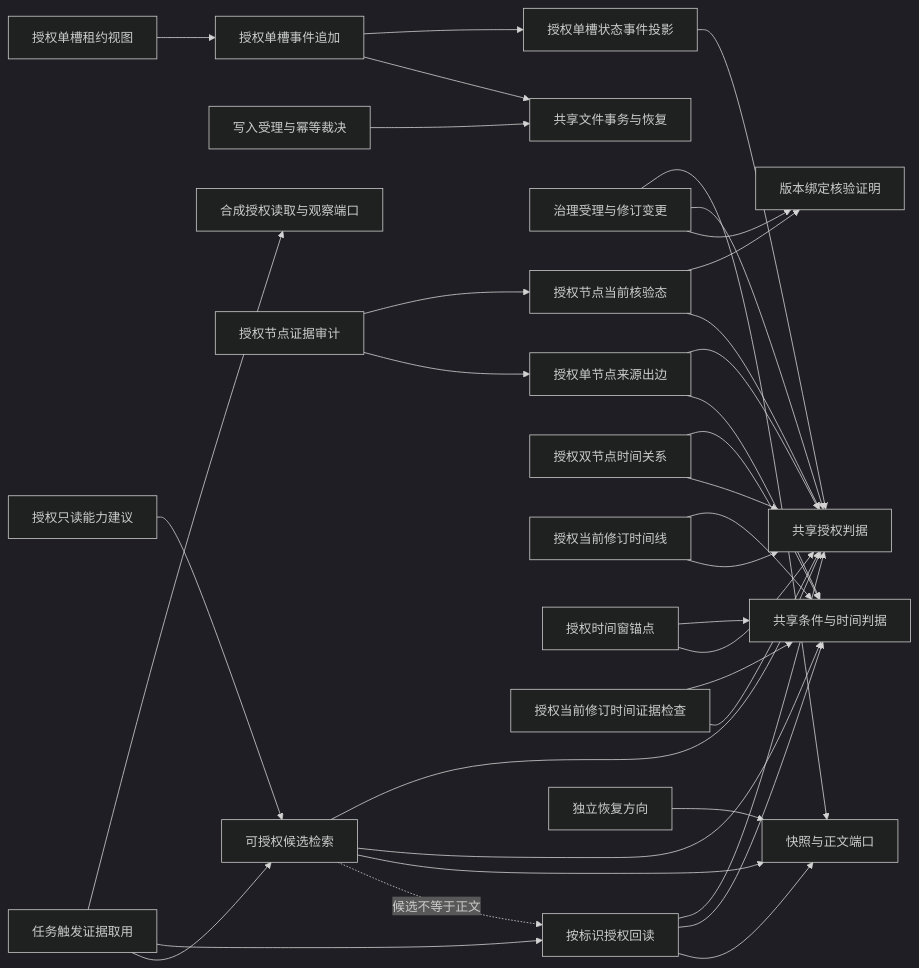
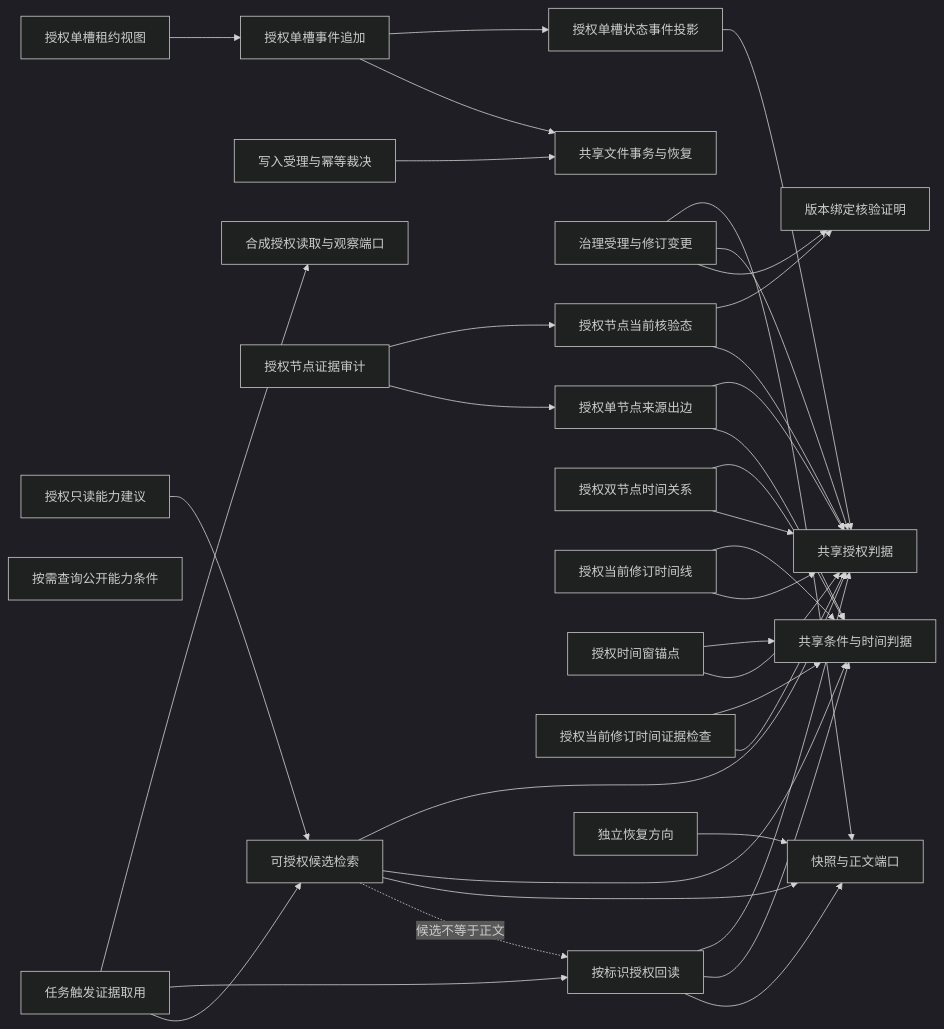
One commit to FuRongJun-1999/dsh-lingshu-memory changed the diagram in docs/CAPABILITY_GRAPH.md. Above: the diagram before and after it, drawn with Mermaid (dark theme). The commit also changed other lines of this file and 11 other files, not shown here.

```diff
--- a/docs/CAPABILITY_GRAPH.md
+++ b/docs/CAPABILITY_GRAPH.md
@@ -5,37 +5,38 @@
 ~~~mermaid
 graph LR
   G[按标识授权回读] --> A[共享授权判据]
   G --> T[共享条件与时间判据]
   G --> S[快照与正文端口]
   Q[可授权候选检索] --> A
   Q --> T
   Q --> S
   Q -. 候选不等于正文 .-> G
   W[写入受理与幂等裁决] --> X[共享文件事务与恢复]
   R[治理受理与修订变更] --> S
   R --> A
   R --> V[版本绑定核验证明]
   K[授权节点当前核验态] --> V
   K --> A
   E[授权单节点来源出边] --> A
   E --> T
   Z[授权双节点时间关系] --> T
   Z --> A
   L[授权当前修订时间线] --> T
   L --> A
   WN[授权时间窗锚点] --> T
   WN --> A
   TC[授权当前修订时间证据检查] --> T
   TC --> A
   SC[授权单槽状态事件投影] --> A
   SE[授权单槽事件追加] --> SC
   SE --> X
   SL[授权单槽租约视图] --> SE
   EA[授权节点证据审计] --> K
   EA --> E
   RH[授权只读能力建议] --> Q
+  HH[按需查询公开能力条件]
   P[独立恢复方向] --> S
   C[任务触发证据取用] --> O[合成授权读取与观察端口]
   C --> G
   C --> Q
 ~~~
```
